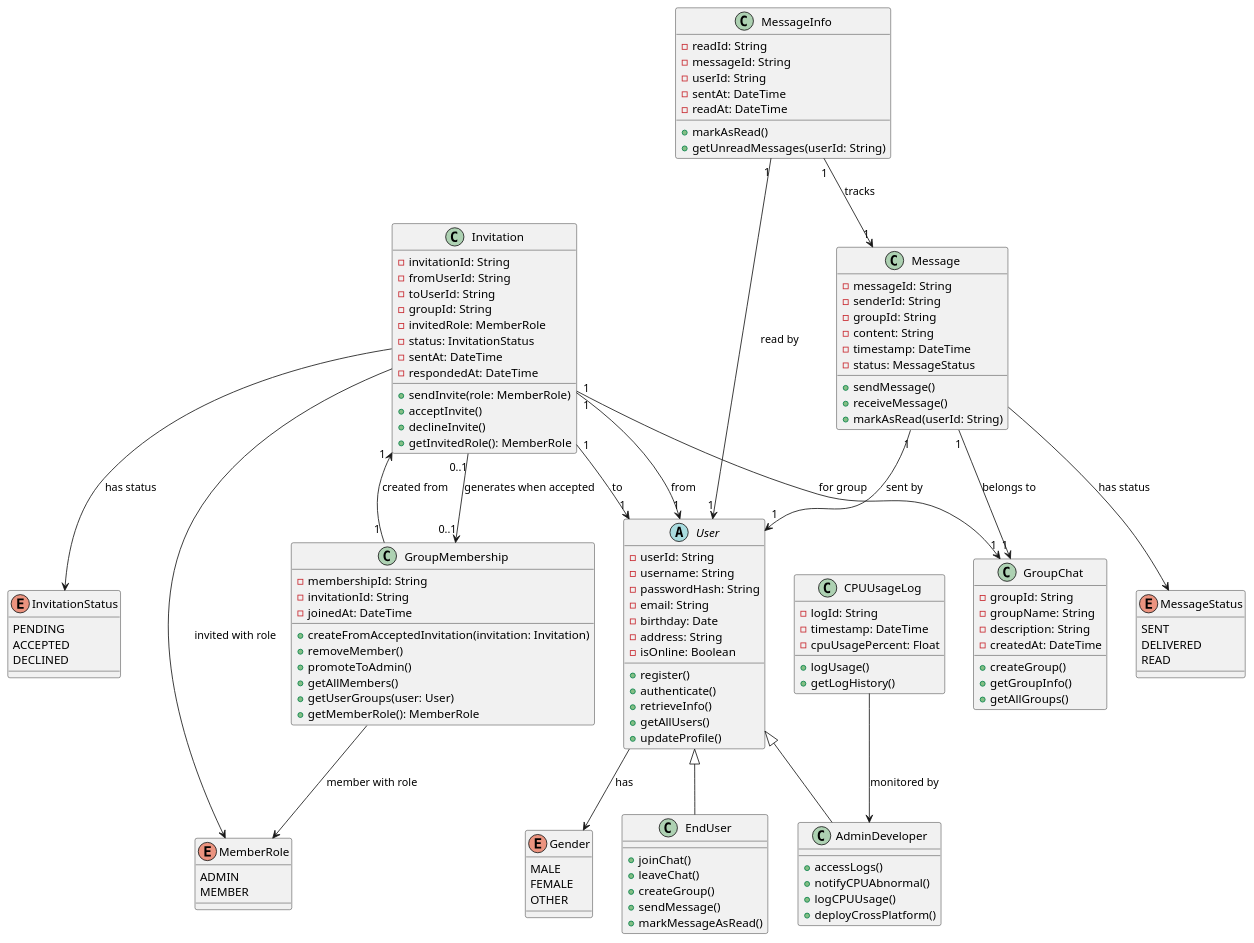
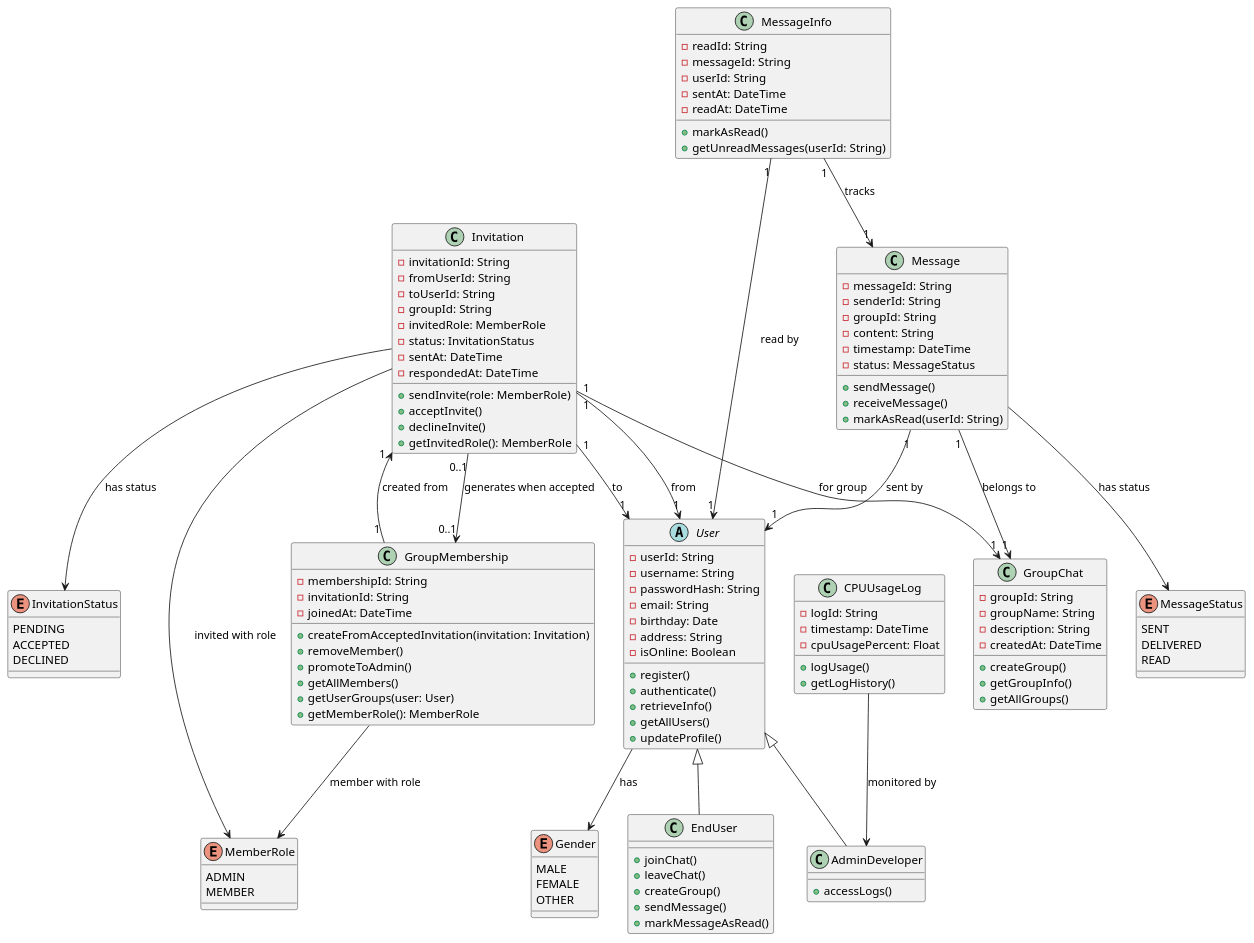
Before and after one commit to Enric0-Balb0/ruggine-chat: the third of 6 diagrams in doc/requirements.md, drawn with PlantUML. The commit also changed other lines of this file and 1 other file, not shown here.

```diff
--- a/doc/requirements.md
+++ b/doc/requirements.md
@@ -862,9 +861,6 @@
 
 class AdminDeveloper {
   + accessLogs()
-  + notifyCPUAbnormal()
-  + logCPUUsage()
-  + deployCrossPlatform()
 }
 
 class GroupChat {
```
